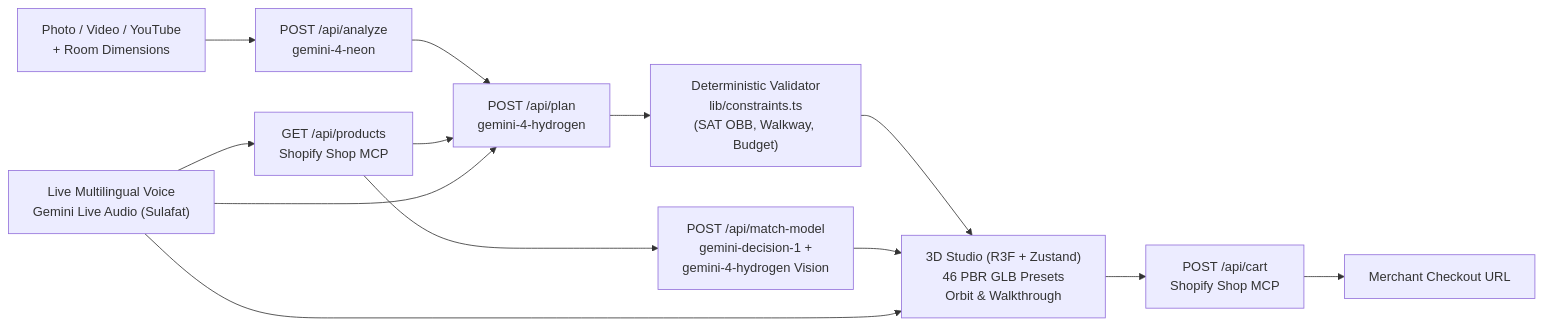
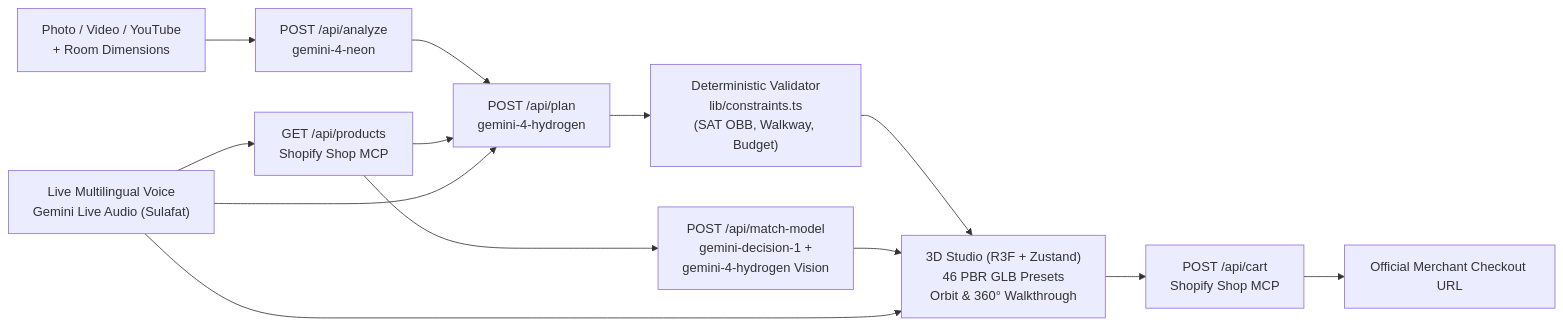
The diagram in README.md (SpatioVerse/SpatioVerse), drawn with Mermaid before and after one commit. The commit also changed other lines of this file and 15 other files, not shown here.

````diff
--- a/README.md
+++ b/README.md
@@ -13,15 +71,15 @@
 ```mermaid
 flowchart LR
   Media["Photo / Video / YouTube\n+ Room Dimensions"] --> Analyze["POST /api/analyze\ngemini-4-neon"]
   Analyze --> Plan["POST /api/plan\ngemini-4-hydrogen"]
   Shop["GET /api/products\nShopify Shop MCP"] --> Plan
   Plan --> Validator["Deterministic Validator\nlib/constraints.ts\n(SAT OBB, Walkway, Budget)"]
-  Validator --> Studio["3D Studio (R3F + Zustand)\n46 PBR GLB Presets\nOrbit & Walkthrough"]
+  Validator --> Studio["3D Studio (R3F + Zustand)\n46 PBR GLB Presets\nOrbit & 360° Walkthrough"]
   Shop --> Match["POST /api/match-model\ngemini-decision-1 +\ngemini-4-hydrogen Vision"]
   Match --> Studio
   Voice["Live Multilingual Voice\nGemini Live Audio (Sulafat)"] --> Studio
   Voice --> Shop
   Voice --> Plan
   Studio --> Cart["POST /api/cart\nShopify Shop MCP"]
-  Cart --> Checkout["Merchant Checkout URL"]
+  Cart --> Checkout["Official Merchant Checkout URL"]
 ```
````
